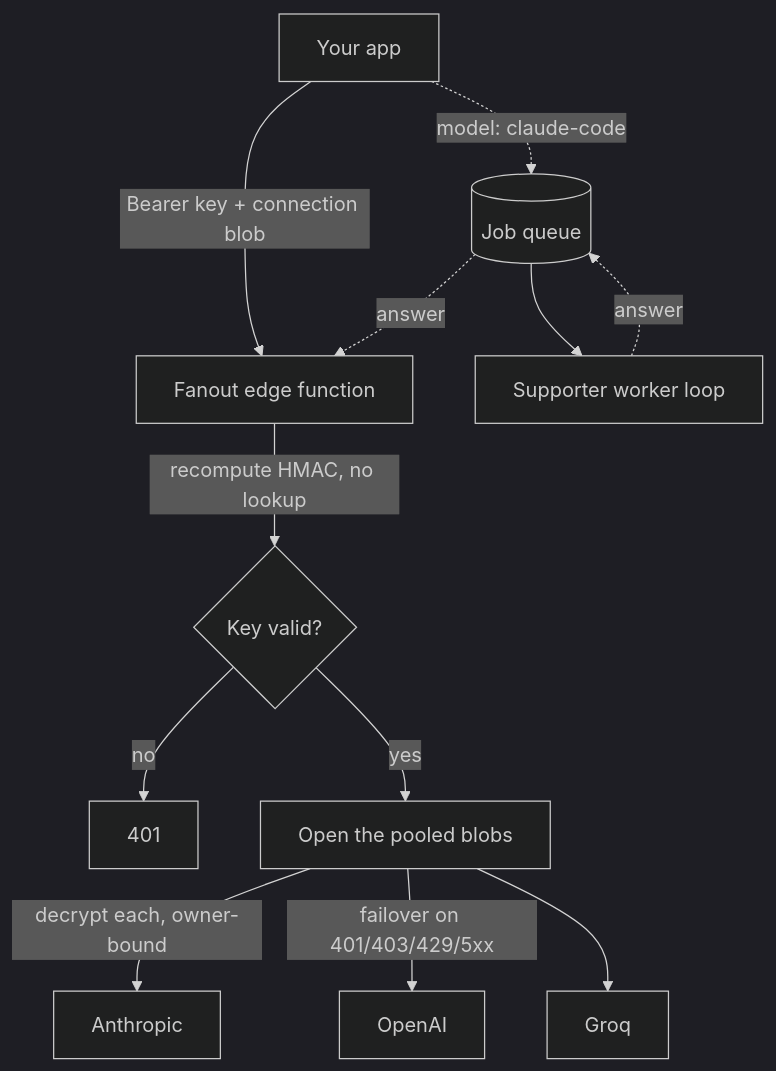
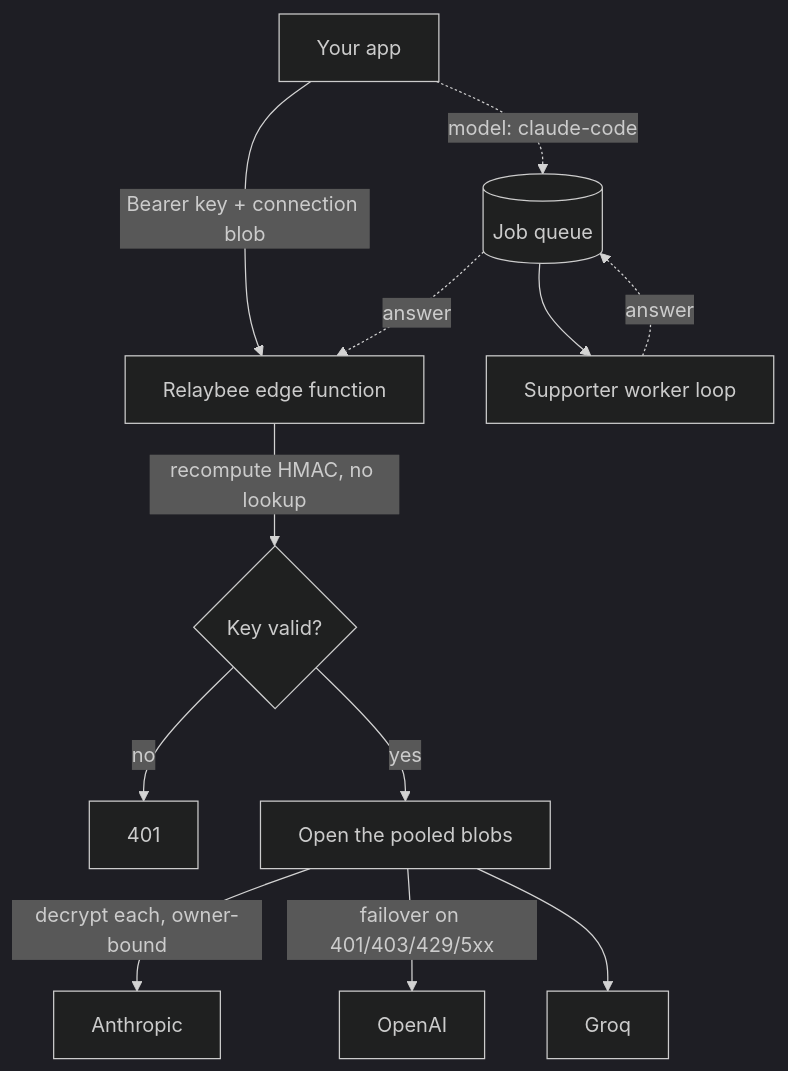
The diagram in docs/ARCHITECTURE.md (EnesYilmazcode/fanout), drawn with Mermaid (dark theme) before and after one commit. The commit also changed other lines of this file and 37 other files, not shown here.

First line of the commit message:
refactor(brand): Fanout is now Relaybee

````diff
--- a/docs/ARCHITECTURE.md
+++ b/docs/ARCHITECTURE.md
@@ -6,14 +6,14 @@
 ```mermaid
 flowchart TD
-  App[Your app] -->|Bearer key + connection blob| F[Fanout edge function]
+  App[Your app] -->|Bearer key + connection blob| F[Relaybee edge function]
   F -->|recompute HMAC, no lookup| K{Key valid?}
   K -->|no| R[401]
   K -->|yes| Pool[Open the pooled blobs]
   Pool -->|decrypt each, owner-bound| P1[Anthropic]
   Pool -->|failover on 401/403/429/5xx| P2[OpenAI]
   Pool --> P3[Groq]
   App -.->|model: claude-code| Q[(Job queue)]
   Q --> W[Supporter worker loop]
   W -.->|answer| Q
   Q -.->|answer| F
 ```
````
